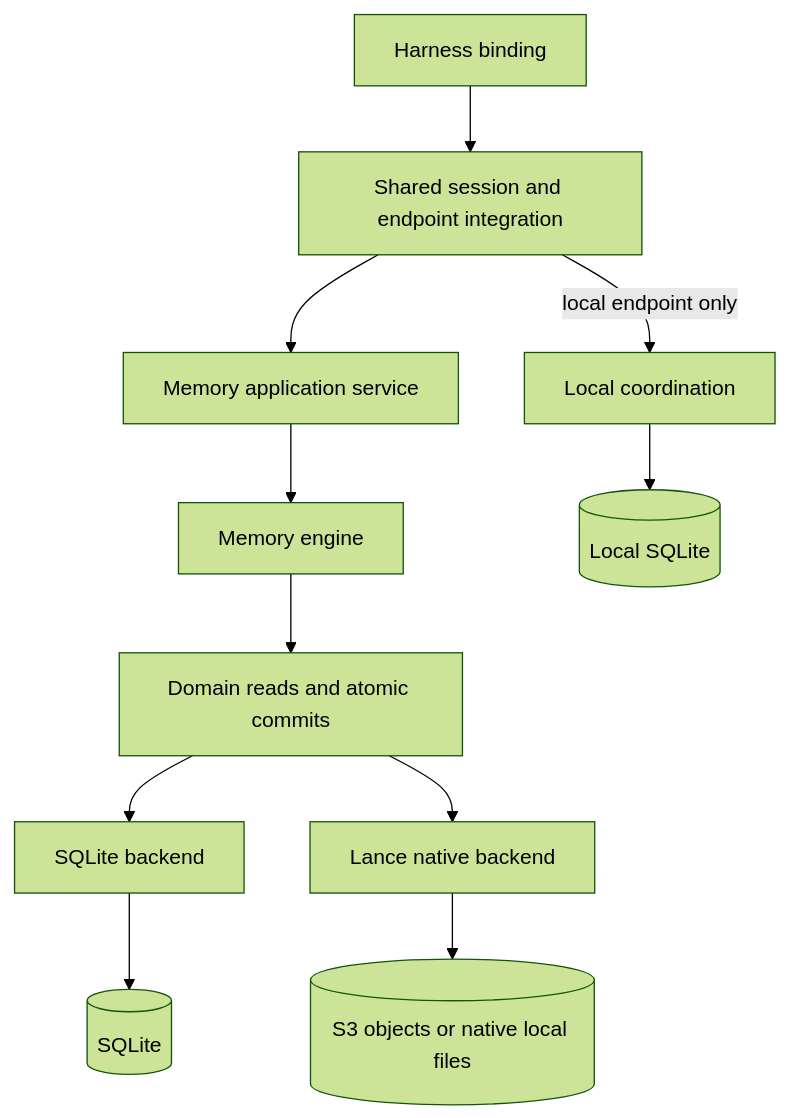
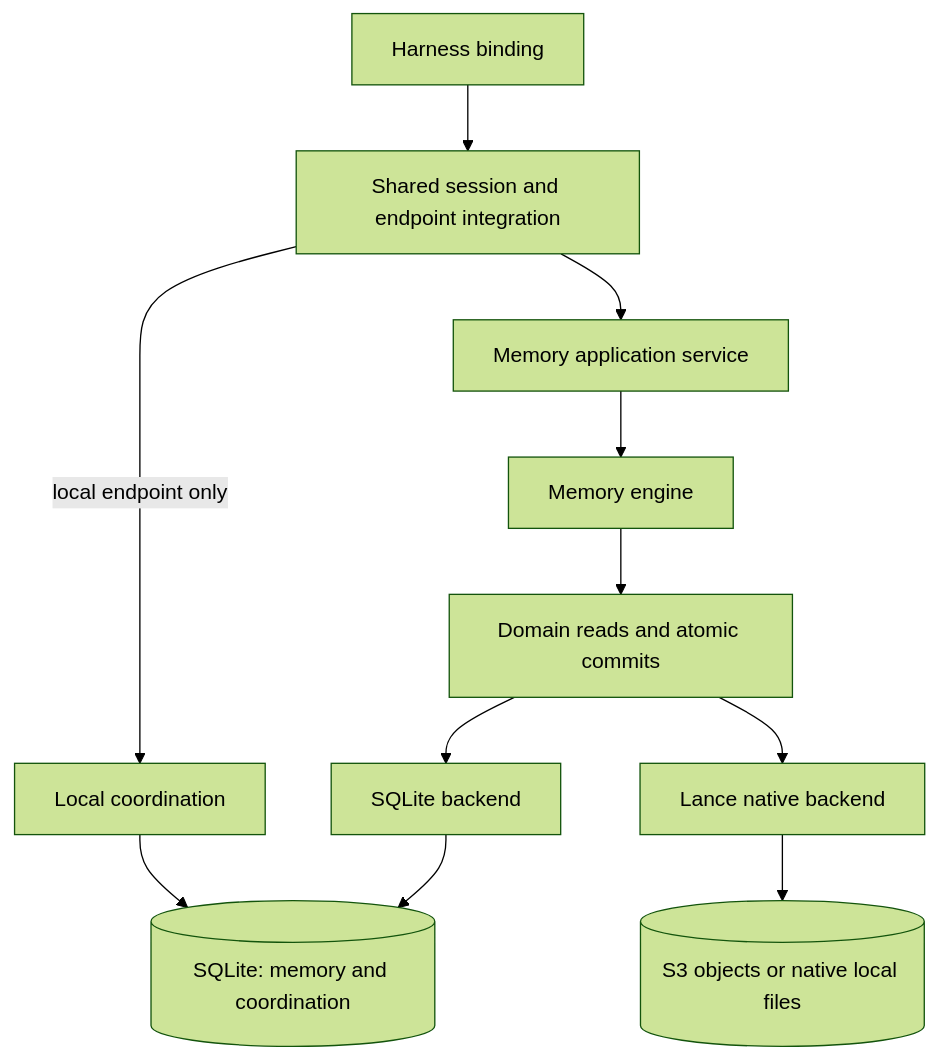
One commit to wefio/NodeMemoryGraph changed the diagram in docs/design/unified-architecture/native-backends.md. Above: the diagram before and after it, drawn with Mermaid (forest theme). The commit also changed other lines of this file and 11 other files, not shown here.

First line of the commit message:
fix(storage): share local SQLite between memory and coordination

````diff
--- a/docs/design/unified-architecture/native-backends.md
+++ b/docs/design/unified-architecture/native-backends.md
@@ -16,13 +16,13 @@
 ```mermaid
 flowchart TB
   Harness[Harness binding] --> Shared[Shared session and endpoint integration]
   Shared --> Service[Memory application service]
   Service --> Engine[Memory engine]
   Engine --> Contract[Domain reads and atomic commits]
   Contract --> SQLite[SQLite backend]
   Contract --> Lance[Lance native backend]
-  SQLite --> DB[(SQLite)]
+  SQLite --> DB[(SQLite: memory and coordination)]
   Lance --> Objects[(S3 objects or native local files)]
   Shared -->|local endpoint only| Coordination[Local coordination]
-  Coordination --> LocalDB[(Local SQLite)]
+  Coordination --> DB
 ```
````
